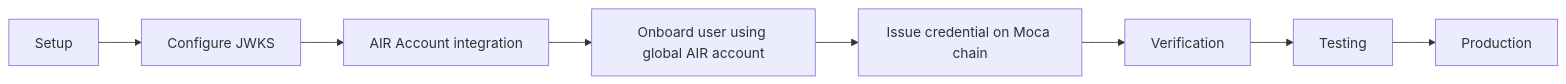
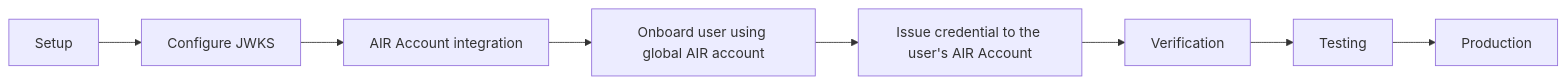
The diagram in learn/airkit/integration-workflow.mdx (MocaNetwork/docs), drawn with Mermaid before and after one commit. The commit also changed 53 other files, not shown here.

````diff
--- a/learn/airkit/integration-workflow.mdx
+++ b/learn/airkit/integration-workflow.mdx
@@ -27,10 +27,10 @@
 ```mermaid
 graph LR
     A[Setup] --> A2[Configure JWKS]
     A2 --> B[AIR Account integration]
     B --> C[Onboard user using global AIR account]
-    C --> D[Issue credential on Moca chain]
+    C --> D[Issue credential to the user's AIR Account]
     D --> E[Verification]
     E --> F[Testing]
     F --> G[Production]
 ```
````
